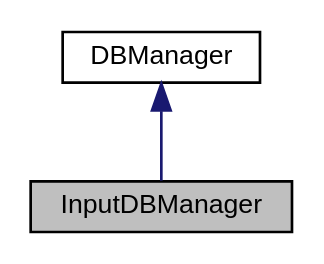
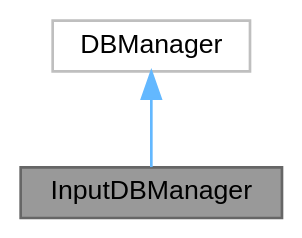
The diagram in classInputDBManager__inherit__graph.dot (DanielaCabiddu/PHREESQL), drawn with Graphviz before and after one commit. The commit also changed 287 other files, not shown here.

```diff
--- a/classInputDBManager__inherit__graph.dot
+++ b/classInputDBManager__inherit__graph.dot
@@ -1,9 +1,10 @@
 digraph "InputDBManager"
 {
  // LATEX_PDF_SIZE
-  edge [fontname="Helvetica",fontsize="10",labelfontname="Helvetica",labelfontsize="10"];
-  node [fontname="Helvetica",fontsize="10",shape=record];
-  Node1 [label="InputDBManager",height=0.2,width=0.4,color="black", fillcolor="grey75", style="filled", fontcolor="black",tooltip=" "];
-  Node2 -> Node1 [dir="back",color="midnightblue",fontsize="10",style="solid",fontname="Helvetica"];
-  Node2 [label="DBManager",height=0.2,width=0.4,color="black", fillcolor="white", style="filled",URL="$classDBManager.html",tooltip=" "];
+  bgcolor="transparent";
+  edge [fontname=Helvetica,fontsize=10,labelfontname=Helvetica,labelfontsize=10];
+  node [fontname=Helvetica,fontsize=10,shape=box,height=0.2,width=0.4];
+  Node1 [id="Node000001",label="InputDBManager",height=0.2,width=0.4,color="gray40", fillcolor="grey60", style="filled", fontcolor="black",tooltip=" "];
+  Node2 -> Node1 [id="edge1_Node000001_Node000002",dir="back",color="steelblue1",style="solid",tooltip=" "];
+  Node2 [id="Node000002",label="DBManager",height=0.2,width=0.4,color="grey75", fillcolor="white", style="filled",URL="$classDBManager.html",tooltip=" "];
 }
```
